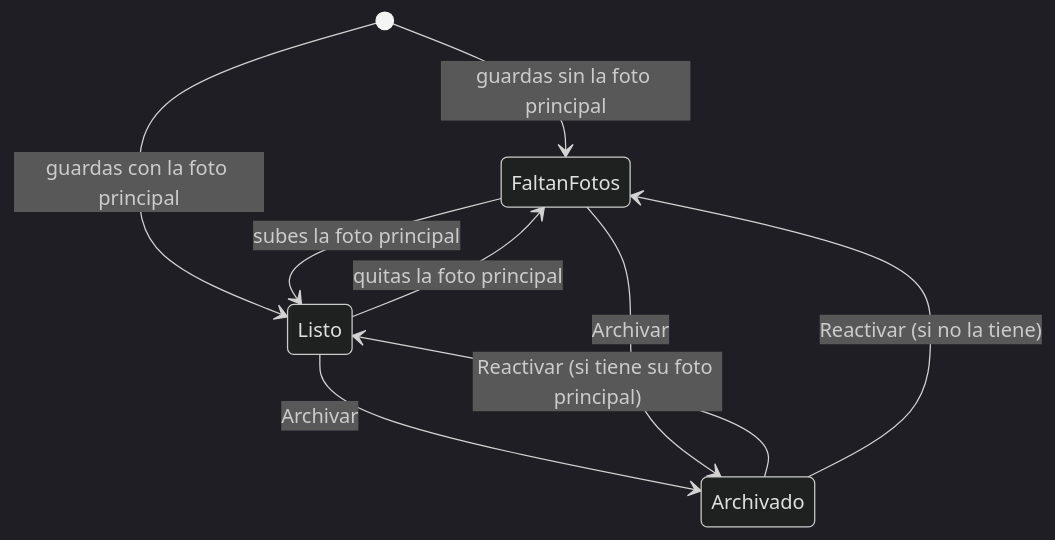
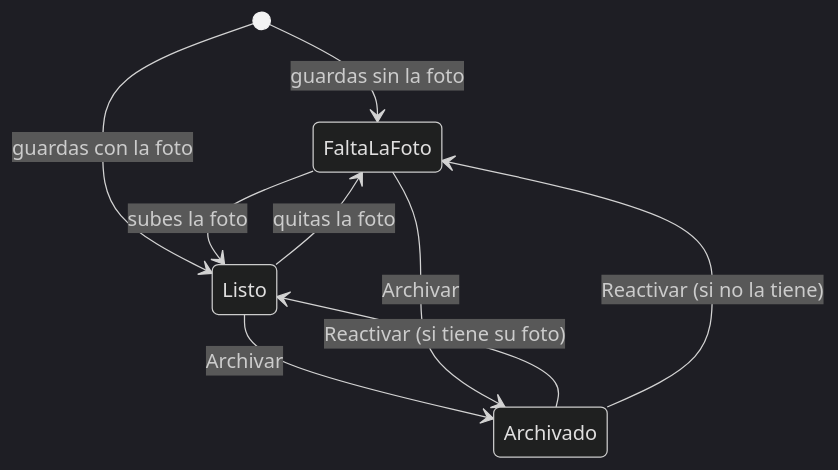
The second of 4 diagrams in docs/manual-negocio.md (fabio2152/autoreel), drawn with Mermaid (dark theme) before and after one commit. The commit also changed other lines of this file and 100 other files, not shown here.

First line of the commit message:
feat: edicion con correcciones, una foto por producto y mejoras del admin

````diff
--- a/docs/manual-negocio.md
+++ b/docs/manual-negocio.md
@@ -315,11 +322,11 @@
 ```mermaid
 stateDiagram-v2
-    [*] --> FaltanFotos : guardas sin la foto principal
-    [*] --> Listo : guardas con la foto principal
-    FaltanFotos --> Listo : subes la foto principal
-    Listo --> FaltanFotos : quitas la foto principal
+    [*] --> FaltaLaFoto : guardas sin la foto
+    [*] --> Listo : guardas con la foto
+    FaltaLaFoto --> Listo : subes la foto
+    Listo --> FaltaLaFoto : quitas la foto
     Listo --> Archivado : Archivar
-    FaltanFotos --> Archivado : Archivar
-    Archivado --> Listo : Reactivar (si tiene su foto principal)
-    Archivado --> FaltanFotos : Reactivar (si no la tiene)
+    FaltaLaFoto --> Archivado : Archivar
+    Archivado --> Listo : Reactivar (si tiene su foto)
+    Archivado --> FaltaLaFoto : Reactivar (si no la tiene)
 ```
````
